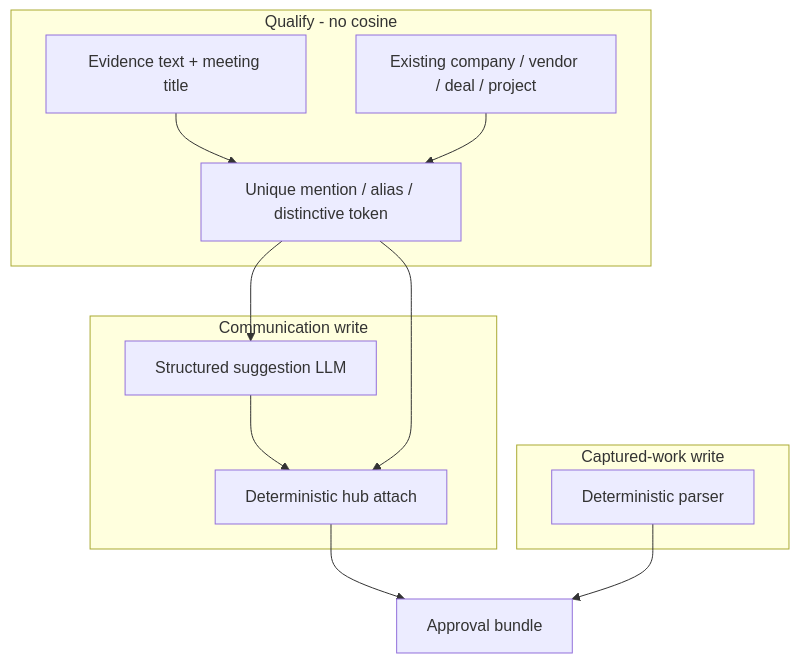
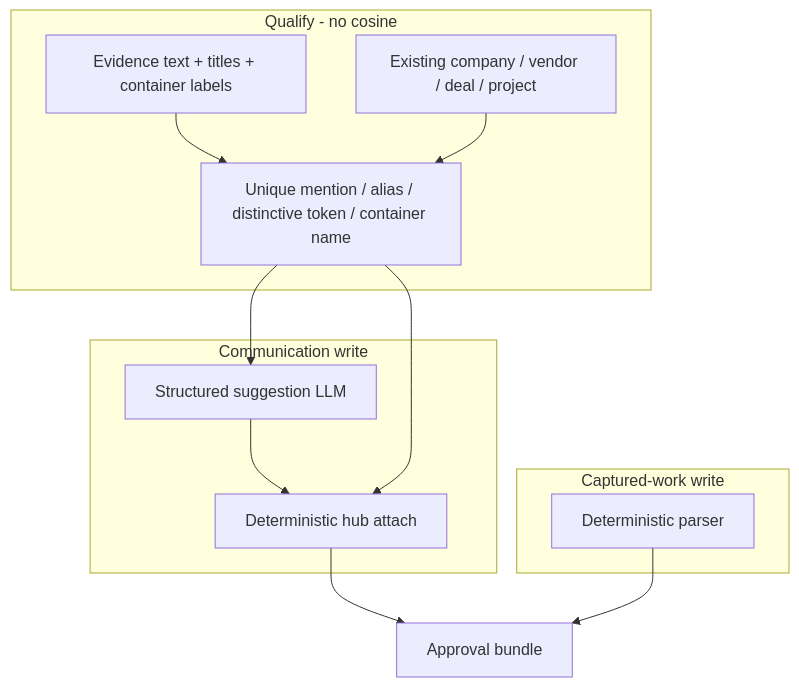
Before and after one commit to timborovkov/the-timeline-ai: the sixth of 7 diagrams in docs/relational-memory.md, drawn with Mermaid. The commit also changed other lines of this file and 8 other files, not shown here.

````diff
--- a/docs/relational-memory.md
+++ b/docs/relational-memory.md
@@ -423,25 +434,25 @@
 ```mermaid
 flowchart TB
   subgraph qualify [Qualify - no cosine]
-    Evidence[Evidence text + meeting title]
+    Evidence[Evidence text + titles + container labels]
     Hubs[Existing company / vendor / deal / project]
-    Unique[Unique mention / alias / distinctive token]
+    Unique[Unique mention / alias / distinctive token / container name]
     Evidence --> Unique
     Hubs --> Unique
   end
 
   subgraph comm [Communication write]
     LLM[Structured suggestion LLM]
     Attach[Deterministic hub attach]
     LLM --> Attach
   end
 
   subgraph work [Captured-work write]
     Parser[Deterministic parser]
   end
 
   Unique --> LLM
   Unique --> Attach
   Attach --> Bundle[Approval bundle]
   Parser --> Bundle
 ```
````
